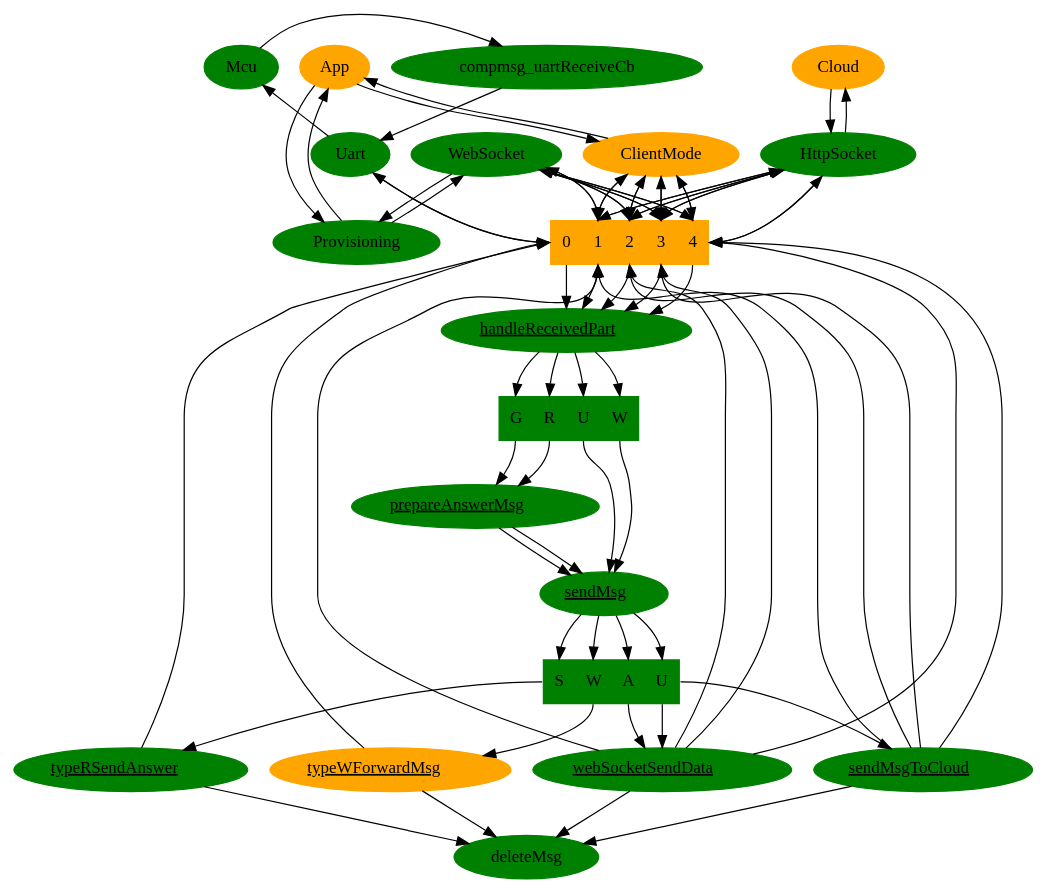
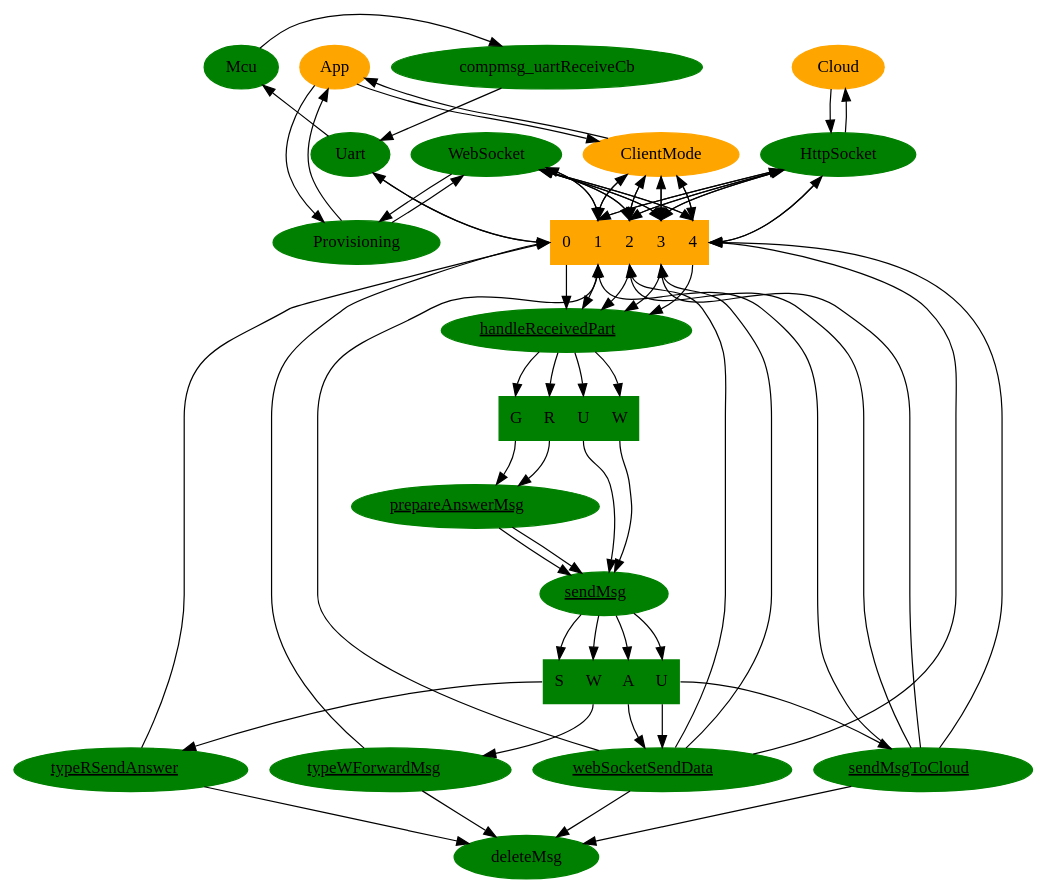
One commit to apwiede/nodemcu changed the diagram in dot_files/handleMsg.dot. Above: the diagram before and after it, drawn with Graphviz. The commit also changed 1 other file, not shown here.

```diff
--- a/dot_files/handleMsg.dot
+++ b/dot_files/handleMsg.dot
@@ -1,100 +1,100 @@
 digraph G1 {
   compmsg_uartReceiveCb[style="filled", color="green"];
   compmsg_uartReceiveCb -> Uart;
   Mcu[style="filled", color="green"];
   Mcu -> compmsg_uartReceiveCb;
   Queue [style="filled", color="orange", shape=record, label="<f0> 0|<f1> 1|<f2> 2|<f3> 3|<f4> 4"];
   Uart -> Queue:f0;
   Queue:f0 -> Uart;
   Uart -> Mcu;
   Uart[style="filled", color="green"];
   WebSocket[style="filled", color="green"];
   ClientMode[style="filled", color="orange"];
   App[style="filled", color="orange"];
   Provisioning[style="filled", color="green"];
   App -> Provisioning;
   Provisioning -> WebSocket;
   App -> ClientMode;
   ClientMode -> App;
   Provisioning -> App;
   WebSocket -> Provisioning;
   WebSocket -> Queue:f1;
   WebSocket -> Queue:f2;
   WebSocket -> Queue:f3;
   WebSocket -> Queue:f4;
   ClientMode -> Queue:f1;
   ClientMode -> Queue:f2;
   ClientMode -> Queue:f3;
   ClientMode -> Queue:f4;
   Queue:f1 -> WebSocket;
   Queue:f2 -> WebSocket;
   Queue:f3 -> WebSocket;
   Queue:f4 -> WebSocket;
   Queue:f1 -> ClientMode;
   Queue:f2 -> ClientMode;
   Queue:f3 -> ClientMode;
   Queue:f4 -> ClientMode;
   Cloud[style="filled", color="orange"];
   Cloud -> HttpSocket;
   HttpSocket -> Cloud;
   HttpSocket[style="filled", color="green"];
   HttpSocket -> Queue:f1;
   HttpSocket -> Queue:f2;
   HttpSocket -> Queue:f3;
   HttpSocket -> Queue:f4;
   {rank=same; "compmsg_uartReceiveCb"; "Mcu"; "App"; "Cloud";}
   {rank=same; "Uart"; "WebSocket"; "HttpSocket"; "ClientMode";}
   Queue:f1 -> HttpSocket;
   Queue:f2 -> HttpSocket;
   Queue:f3 -> HttpSocket;
   Queue:f4 -> HttpSocket;
   Queue:f0 -> handleReceivedPart;
   Queue:f1 -> handleReceivedPart;
   Queue:f2 -> handleReceivedPart;
   Queue:f3 -> handleReceivedPart;
   Queue:f4 -> handleReceivedPart;
   handleReceivedPart[style="filled", color="green", label=<<u>handleReceivedPart</u>> URL="\ref grp_handleReceivedPart"];
   prepareAnswerMsg[style="filled", color="green", label=<<u>prepareAnswerMsg</u>> URL="\ref grp_prepareAnswerMsg"];
   receiveMsgSwitch [style="filled", color="green", shape=record, label="<f0> G|<f1> R|<f2> U|<f3> W"];
   handleReceivedPart -> receiveMsgSwitch:f0;
   handleReceivedPart -> receiveMsgSwitch:f1;
   handleReceivedPart -> receiveMsgSwitch:f2;
   handleReceivedPart -> receiveMsgSwitch:f3;
   receiveMsgSwitch:f0 -> prepareAnswerMsg;
   receiveMsgSwitch:f1 -> prepareAnswerMsg;
   prepareAnswerMsg -> sendMsg;
   prepareAnswerMsg -> sendMsg;
   receiveMsgSwitch:f2 -> sendMsg
   receiveMsgSwitch:f3 -> sendMsg
   sendMsg[style="filled", color="green", label=<<u>sendMsg</u>> URL="\ref sendMsg"];
   sendMsg -> sendMsgSwitch:f0;
   sendMsg -> sendMsgSwitch:f1;
   sendMsg -> sendMsgSwitch:f2
   sendMsg -> sendMsgSwitch:f3
   sendMsgSwitch [style="filled", color="green",shape=record, label="<f0> S|<f1> W|<f2> A|<f3> U"];
   sendMsgSwitch:f2 -> webSocketSendData;
   sendMsgSwitch:f0 -> typeRSendAnswer;
   sendMsgSwitch:f3 -> webSocketSendData;
   sendMsgSwitch:f3 -> sendCloudMsg;
   sendMsgSwitch:f1 -> typeWForwardMsg;
   typeRSendAnswer[style="filled", color="green", label=<<u>typeRSendAnswer</u>> URL="\ref typeRSendAnswer"];
   sendCloudMsg[style="filled", color="green", label=<<u>sendMsgToCloud</u>> URL="\ref grp_sendCloudMsg"];
   webSocketSendData[style="filled", color="green", label=<<u>webSocketSendData</u>> URL="\ref webSocketSendData"];
   webSocketSendData -> Queue:f1;
   webSocketSendData -> Queue:f2;
   webSocketSendData -> Queue:f3;
   webSocketSendData -> Queue:f4;
   sendCloudMsg -> Queue:f1;
   sendCloudMsg -> Queue:f2;
   sendCloudMsg -> Queue:f3;
   sendCloudMsg -> Queue:f4;
   {rank=same; "typeRSendAnswer"; "typeWForwardMsg"; "webSocketSendData"; "sendCloudMsg";}
-  typeWForwardMsg[style="filled", color="orange", label=<<u>typeWForwardMsg</u>> URL="\ref forwardMsg"];
+  typeWForwardMsg[style="filled", color="green", label=<<u>typeWForwardMsg</u>> URL="\ref forwardMsg"];
   typeRSendAnswer -> Queue:f0;
   typeWForwardMsg -> Queue:f0;
   typeRSendAnswer -> deleteMsg;
   typeWForwardMsg -> deleteMsg;
   deleteMsg[style="filled", color="green"];
   sendCloudMsg -> deleteMsg;
   webSocketSendData -> deleteMsg;
 }
```
